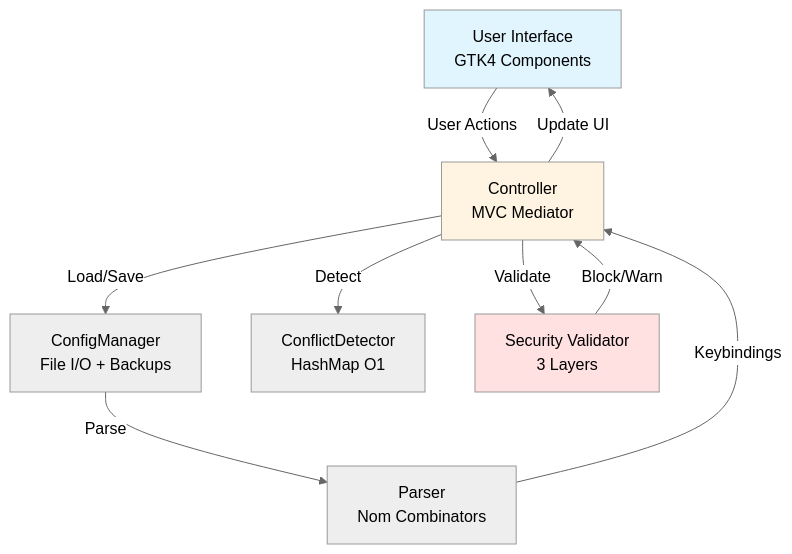
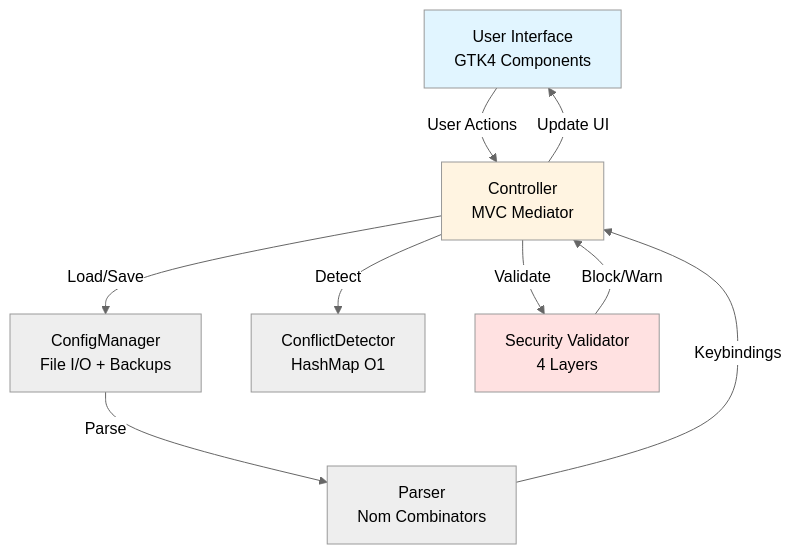
One commit to tidynest/hypr-keybind-manager changed the first of 2 diagrams in README.md. Above: the diagram before and after it, drawn with Mermaid (neutral theme). The commit also changed other lines of this file and 30 other files, not shown here.

````diff
--- a/README.md
+++ b/README.md
@@ -159,22 +159,22 @@
 ```mermaid
 graph TB
     User[User Interface<br/>GTK4 Components]
     Controller[Controller<br/>MVC Mediator]
     ConfigMgr[ConfigManager<br/>File I/O + Backups]
     Parser[Parser<br/>Nom Combinators]
     Conflict[ConflictDetector<br/>HashMap O1]
-    Validator[Security Validator<br/>3 Layers]
+    Validator[Security Validator<br/>4 Layers]
 
     User -->|User Actions| Controller
     Controller -->|Load/Save| ConfigMgr
     ConfigMgr -->|Parse| Parser
     Parser -->|Keybindings| Controller
     Controller -->|Detect| Conflict
     Controller -->|Validate| Validator
     Validator -->|Block/Warn| Controller
     Controller -->|Update UI| User
 
     style User fill:#e1f5ff,color:#000
     style Controller fill:#fff4e1,color:#000
     style Validator fill:#ffe1e1,color:#000
 ```
````
